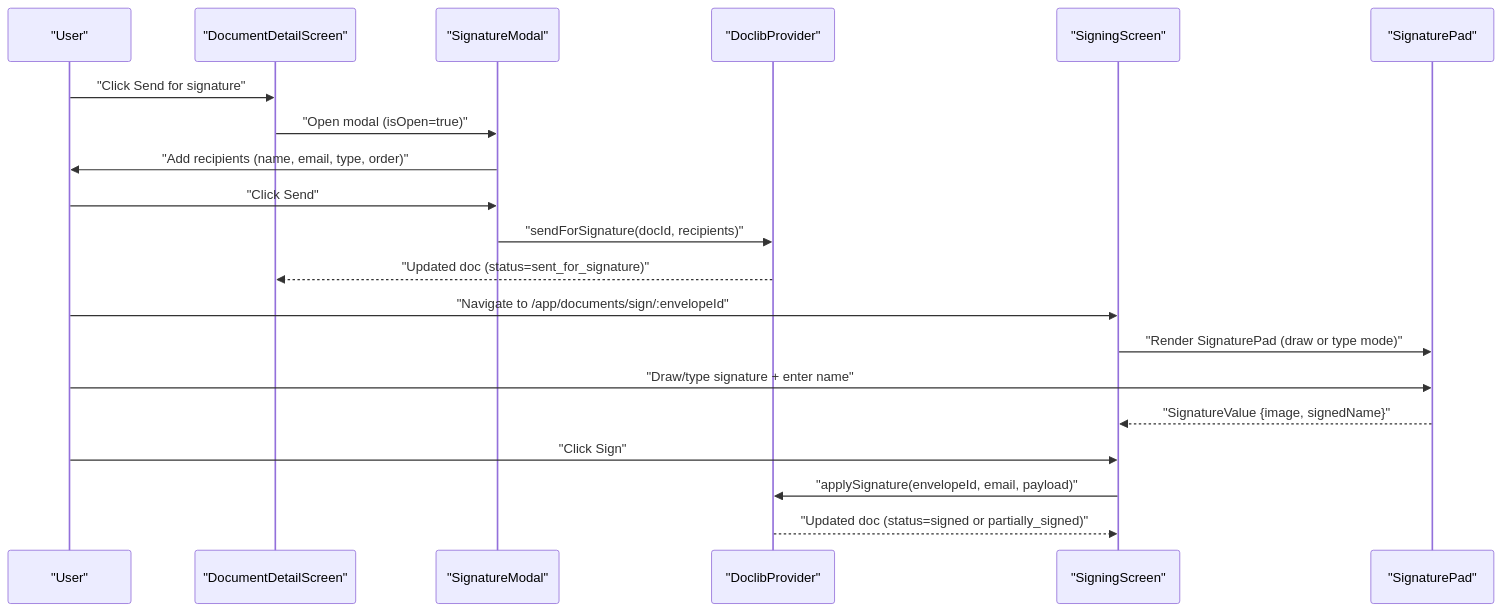
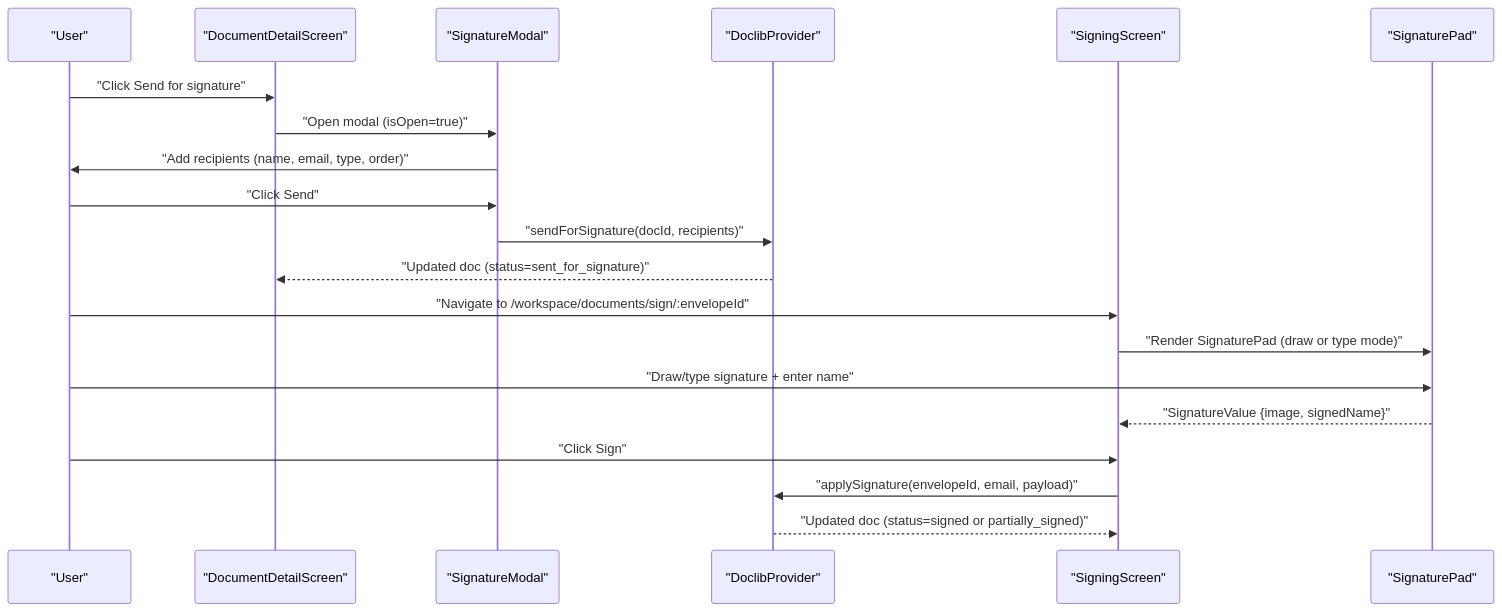
The second of 4 diagrams in docs/wiki/Document-Management-System.md (Dutiva-Canada/Dutiva_Web), drawn with Mermaid before and after one commit. The commit also changed other lines of this file and 107 other files, not shown here.

````diff
--- a/docs/wiki/Document-Management-System.md
+++ b/docs/wiki/Document-Management-System.md
@@ -165,23 +165,23 @@
 ```mermaid
 sequenceDiagram
     participant User as "User"
     participant DDS as "DocumentDetailScreen"
     participant SM as "SignatureModal"
     participant DLP as "DoclibProvider"
     participant SS as "SigningScreen"
     participant SP as "SignaturePad"
 
     User->>DDS: "Click Send for signature"
     DDS->>SM: "Open modal (isOpen=true)"
     SM->>User: "Add recipients (name, email, type, order)"
     User->>SM: "Click Send"
     SM->>DLP: "sendForSignature(docId, recipients)"
     DLP-->>DDS: "Updated doc (status=sent_for_signature)"
-    User->>SS: "Navigate to /app/documents/sign/:envelopeId"
+    User->>SS: "Navigate to /workspace/documents/sign/:envelopeId"
     SS->>SP: "Render SignaturePad (draw or type mode)"
     User->>SP: "Draw/type signature + enter name"
     SP-->>SS: "SignatureValue {image, signedName}"
     User->>SS: "Click Sign"
     SS->>DLP: "applySignature(envelopeId, email, payload)"
     DLP-->>SS: "Updated doc (status=signed or partially_signed)"
 ```
````
